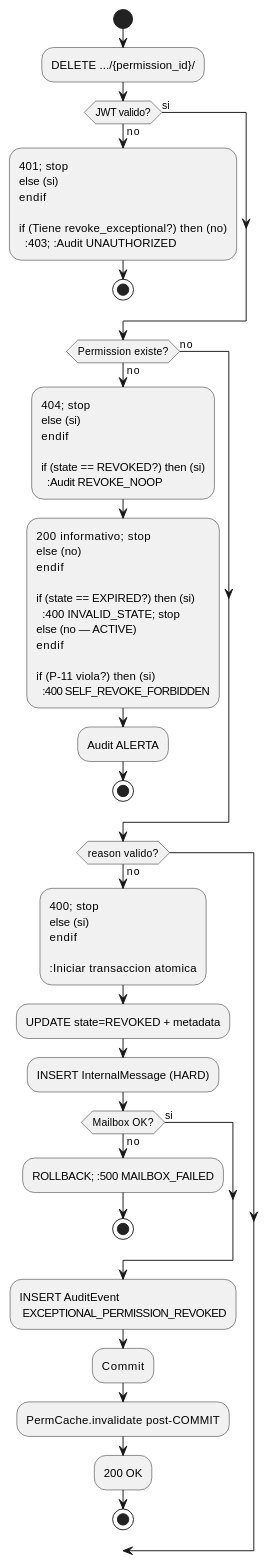
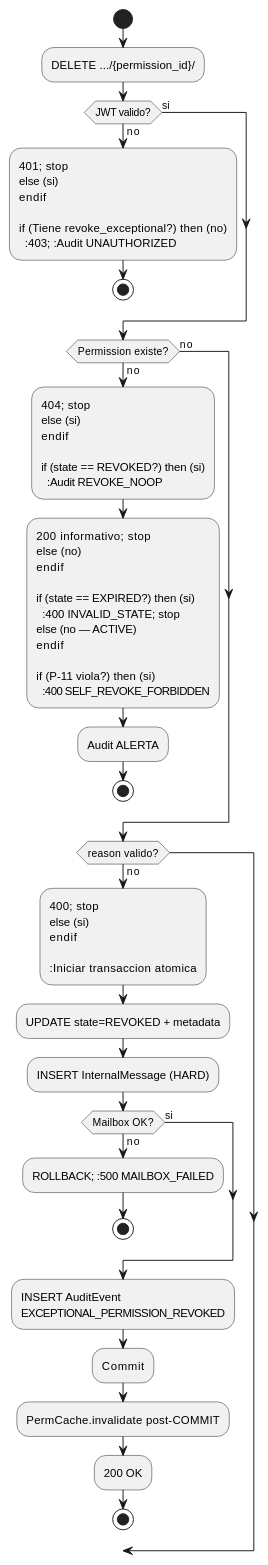
The third of 4 diagrams in source/requisitos/casos-uso/permissions/uc-perm-04/diagramas-uml.rst (jcg-admin/IACT-docs), drawn with PlantUML before and after one commit. The commit also changed other lines of this file and 7 other files, not shown here.

First line of the commit message:
Fix PlantUML syntax errors in 8 diagrams (0 warnings)

```diff
--- a/source/requisitos/casos-uso/permissions/uc-perm-04/diagramas-uml.rst
+++ b/source/requisitos/casos-uso/permissions/uc-perm-04/diagramas-uml.rst
@@ -98,66 +96,65 @@
 .. uml::
  :caption: UC_PERM_04 — actividad
 
  @startuml
 
  start
 
  :DELETE .../{permission_id}/;
 
  if (JWT valido?) then (no)
    :401; stop
  else (si)
  endif
 
  if (Tiene revoke_exceptional?) then (no)
    :403; :Audit UNAUTHORIZED;
    stop
  else (si)
  endif
 
  if (Permission existe?) then (no)
    :404; stop
  else (si)
  endif
 
  if (state == REVOKED?) then (si)
    :Audit REVOKE_NOOP;
    :200 informativo; stop
  else (no)
  endif
 
  if (state == EXPIRED?) then (si)
    :400 INVALID_STATE; stop
  else (no — ACTIVE)
  endif
 
  if (P-11 viola?) then (si)
    :400 SELF_REVOKE_FORBIDDEN;
    :Audit ALERTA;
    stop
  else (no)
  endif
 
  if (reason valido?) then (no)
    :400; stop
  else (si)
  endif
 
  :Iniciar transaccion atomica;
  :UPDATE state=REVOKED + metadata;
  :INSERT InternalMessage (HARD);
  if (Mailbox OK?) then (no)
    :ROLLBACK; :500 MAILBOX_FAILED;
    stop
  else (si)
  endif
- :INSERT AuditEvent
-  EXCEPTIONAL_PERMISSION_REVOKED;
+ :INSERT AuditEvent\nEXCEPTIONAL_PERMISSION_REVOKED;
  :Commit;
 
  :PermCache.invalidate post-COMMIT;
  :200 OK;
 
  stop
 
  @enduml
```
